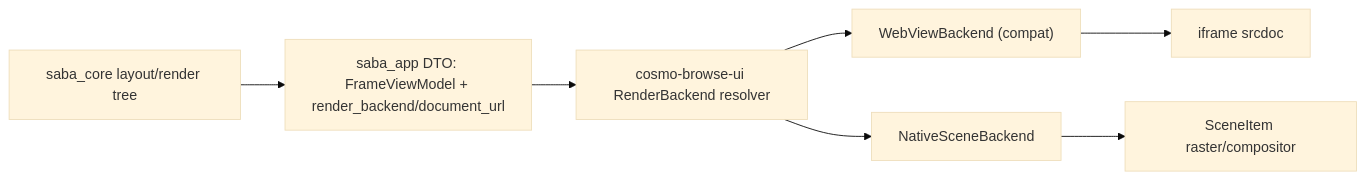
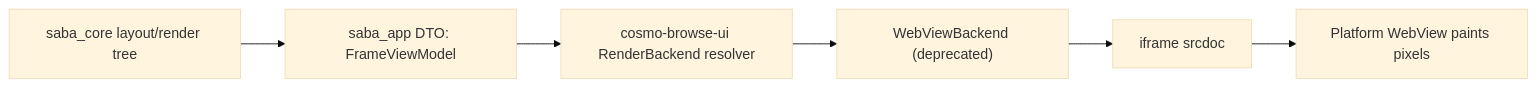
Before and after one commit to pkaiy81/CosmoBrowse: the second of 2 diagrams in docs/architecture/render-pipeline.md, drawn with Mermaid (base theme). The commit also changed other lines of this file and 4 other files, not shown here.

Commit message:
Deprecate WebView backend and standardize native scene rendering

````diff
--- a/docs/architecture/render-pipeline.md
+++ b/docs/architecture/render-pipeline.md
@@ -16,9 +17,8 @@
 ```mermaid
 flowchart LR
-  A["saba_core layout/render tree"] --> B["saba_app DTO: FrameViewModel + render_backend/document_url"]
+  A["saba_core layout/render tree"] --> B["saba_app DTO: FrameViewModel"]
   B --> C["cosmo-browse-ui RenderBackend resolver"]
-  C --> D["WebViewBackend (compat)"]
-  C --> E["NativeSceneBackend"]
-  D --> F["iframe srcdoc"]
-  E --> G["SceneItem raster/compositor"]
+  C --> D["WebViewBackend (deprecated)"]
+  D --> E["iframe srcdoc"]
+  E --> F["Platform WebView paints pixels"]
 ```
````
